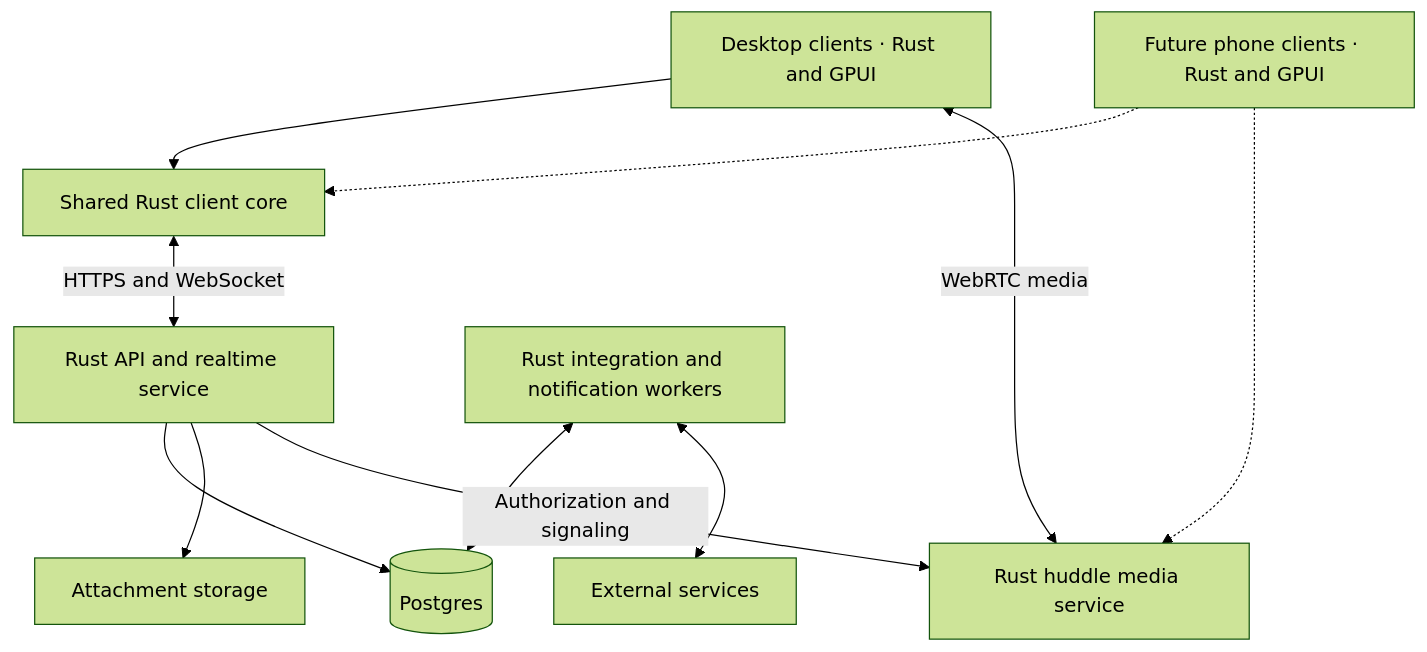
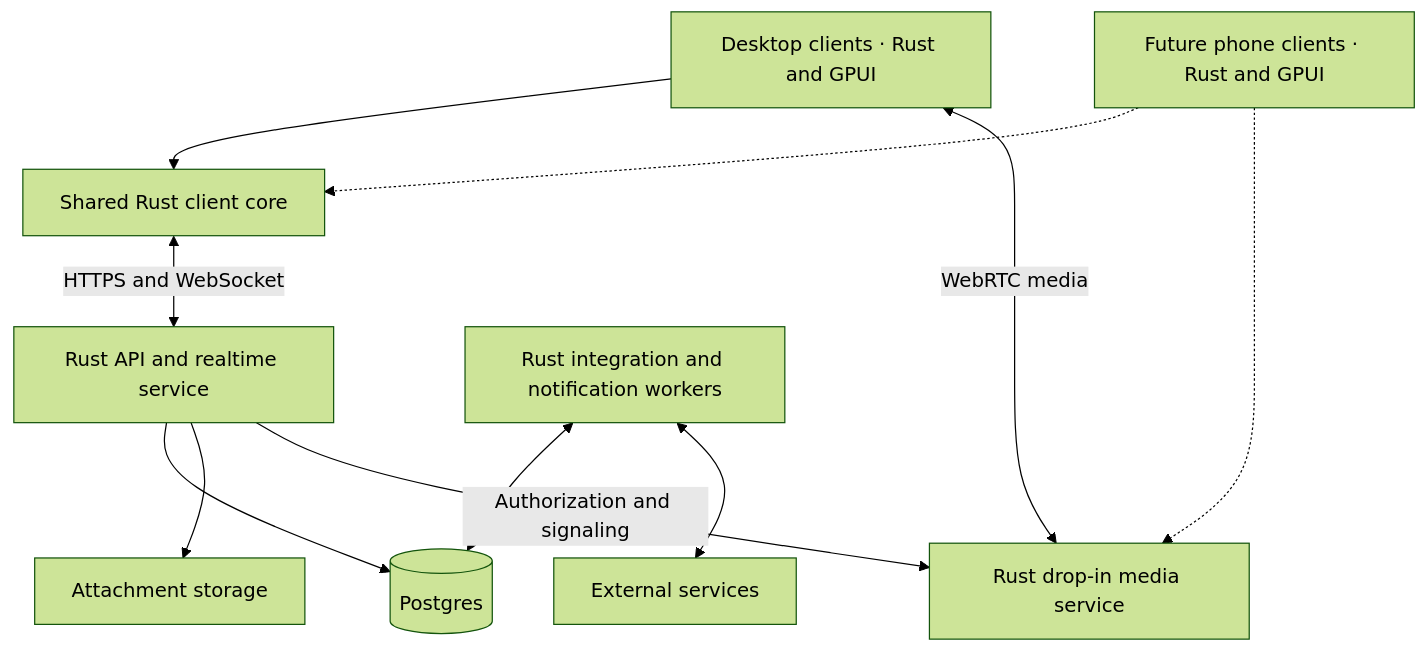
Before and after one commit to last-refuge/lazy: the diagram in llm-docs/PLAN.md, drawn with Mermaid (forest theme). The commit also changed other lines of this file and 87 other files, not shown here.

````diff
--- a/llm-docs/PLAN.md
+++ b/llm-docs/PLAN.md
@@ -71,23 +71,23 @@
 ```mermaid
 flowchart TB
     Desktop["Desktop clients · Rust and GPUI"]
     Mobile["Future phone clients · Rust and GPUI"]
     Core["Shared Rust client core"]
     API["Rust API and realtime service"]
     PG[("Postgres")]
     Workers["Rust integration and notification workers"]
     External["External services"]
-    Media["Rust huddle media service"]
+    Media["Rust drop-in media service"]
     Files["Attachment storage"]
 
     Desktop --> Core
     Mobile -.-> Core
     Core <-->|HTTPS and WebSocket| API
     API --> PG
     Workers <--> PG
     Workers <--> External
     API --> Files
     Desktop <-->|WebRTC media| Media
     Mobile -.-> Media
     API -->|Authorization and signaling| Media
 ```
````
